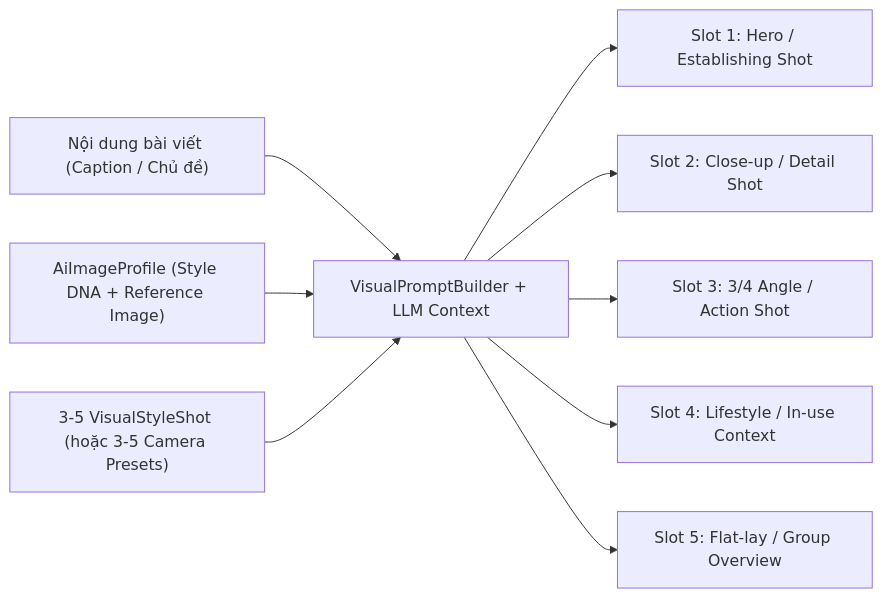
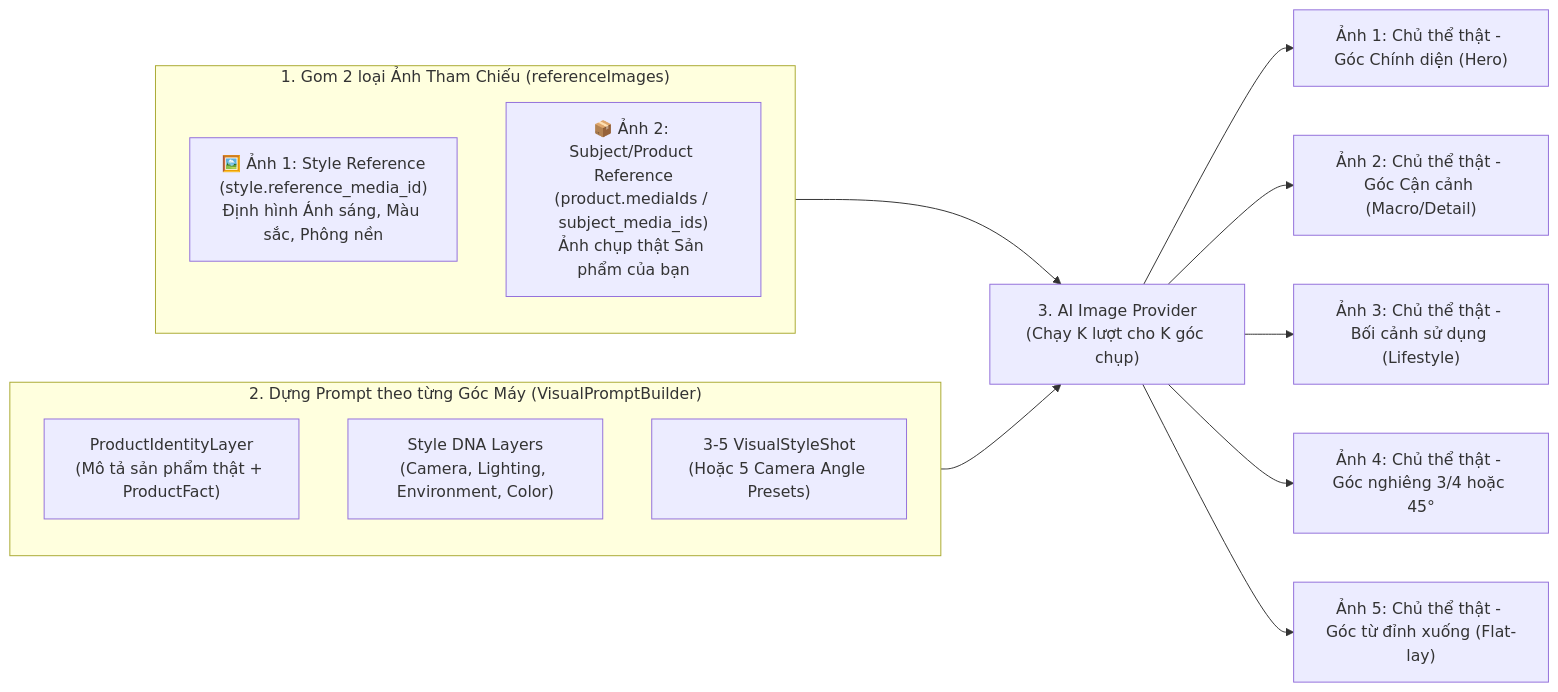
Before and after one commit to phamchitrung05/makert-temlate: the third of 3 diagrams in docs/plans/SOCIAL_POST_WEEKLY_SCHEDULE_PLAN.md, drawn with Mermaid. The commit also changed other lines of this file, not shown here.

Commit message:
docs(plan): update weekly social post schedule plan with keyword planner and dual reference images

````diff
--- a/docs/plans/SOCIAL_POST_WEEKLY_SCHEDULE_PLAN.md
+++ b/docs/plans/SOCIAL_POST_WEEKLY_SCHEDULE_PLAN.md
@@ -104,11 +141,20 @@
 ```mermaid
 flowchart LR
-    CAP["Nội dung bài viết (Caption / Chủ đề)"] --> BUILDER
-    STYLE["AiImageProfile (Style DNA + Reference Image)"] --> BUILDER
-    SHOTS["3-5 VisualStyleShot (hoặc 3-5 Camera Presets)"] --> BUILDER
-    BUILDER["VisualPromptBuilder + LLM Context"] --> S1["Slot 1: Hero / Establishing Shot"]
-    BUILDER --> S2["Slot 2: Close-up / Detail Shot"]
-    BUILDER --> S3["Slot 3: 3/4 Angle / Action Shot"]
-    BUILDER --> S4["Slot 4: Lifestyle / In-use Context"]
-    BUILDER --> S5["Slot 5: Flat-lay / Group Overview"]
+    subgraph REF["1. Gom 2 loại Ảnh Tham Chiếu (referenceImages)"]
+        R1["🖼️ Ảnh 1: Style Reference\n(style.reference_media_id)\nĐịnh hình Ánh sáng, Màu sắc, Phông nền"]
+        R2["📦 Ảnh 2: Subject/Product Reference\n(product.mediaIds / subject_media_ids)\nẢnh chụp thật Sản phẩm của bạn"]
+    end
+
+    subgraph PROMPT["2. Dựng Prompt theo từng Góc Máy (VisualPromptBuilder)"]
+        P1["ProductIdentityLayer\n(Mô tả sản phẩm thật + ProductFact)"]
+        P2["Style DNA Layers\n(Camera, Lighting, Environment, Color)"]
+        P3["3-5 VisualStyleShot\n(Hoặc 5 Camera Angle Presets)"]
+    end
+
+    REF & PROMPT --> ENGINE["3. AI Image Provider\n(Chạy K lượt cho K góc chụp)"]
+    ENGINE --> S1["Ảnh 1: Chủ thể thật - Góc Chính diện (Hero)"]
+    ENGINE --> S2["Ảnh 2: Chủ thể thật - Góc Cận cảnh (Macro/Detail)"]
+    ENGINE --> S3["Ảnh 3: Chủ thể thật - Bối cảnh sử dụng (Lifestyle)"]
+    ENGINE --> S4["Ảnh 4: Chủ thể thật - Góc nghiêng 3/4 hoặc 45°"]
+    ENGINE --> S5["Ảnh 5: Chủ thể thật - Góc từ đỉnh xuống (Flat-lay)"]
 ```
````
